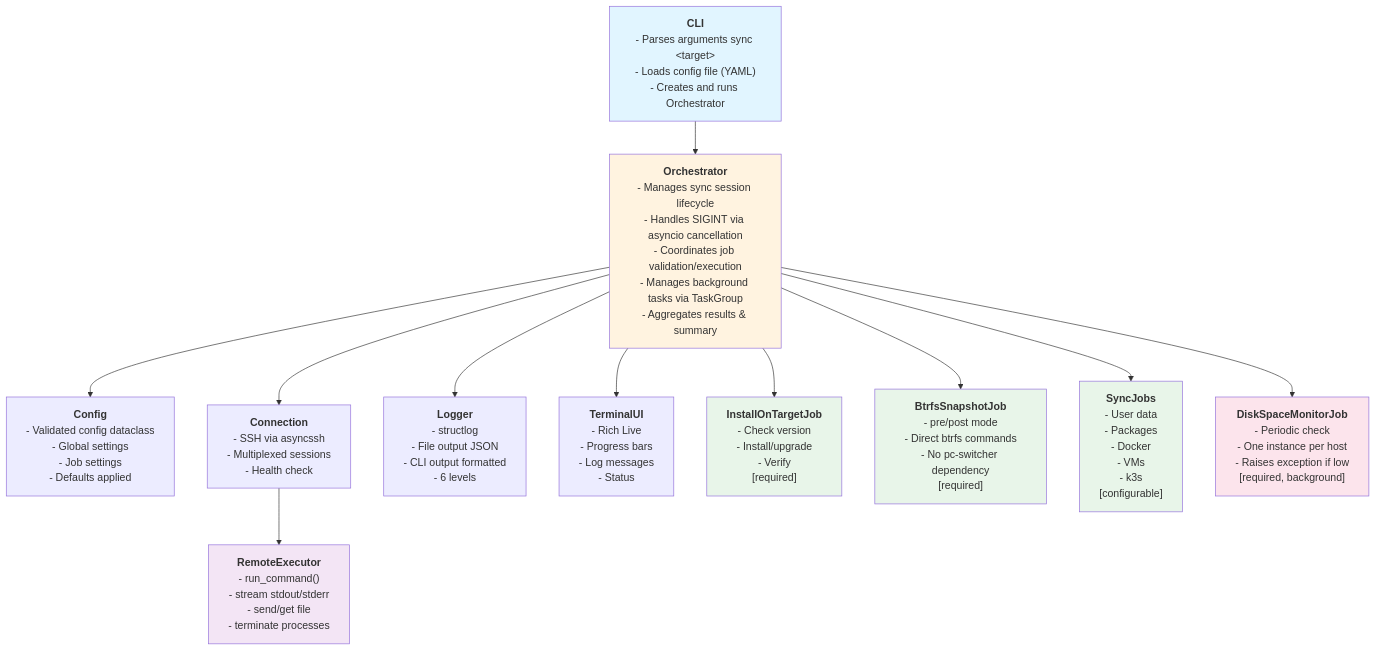
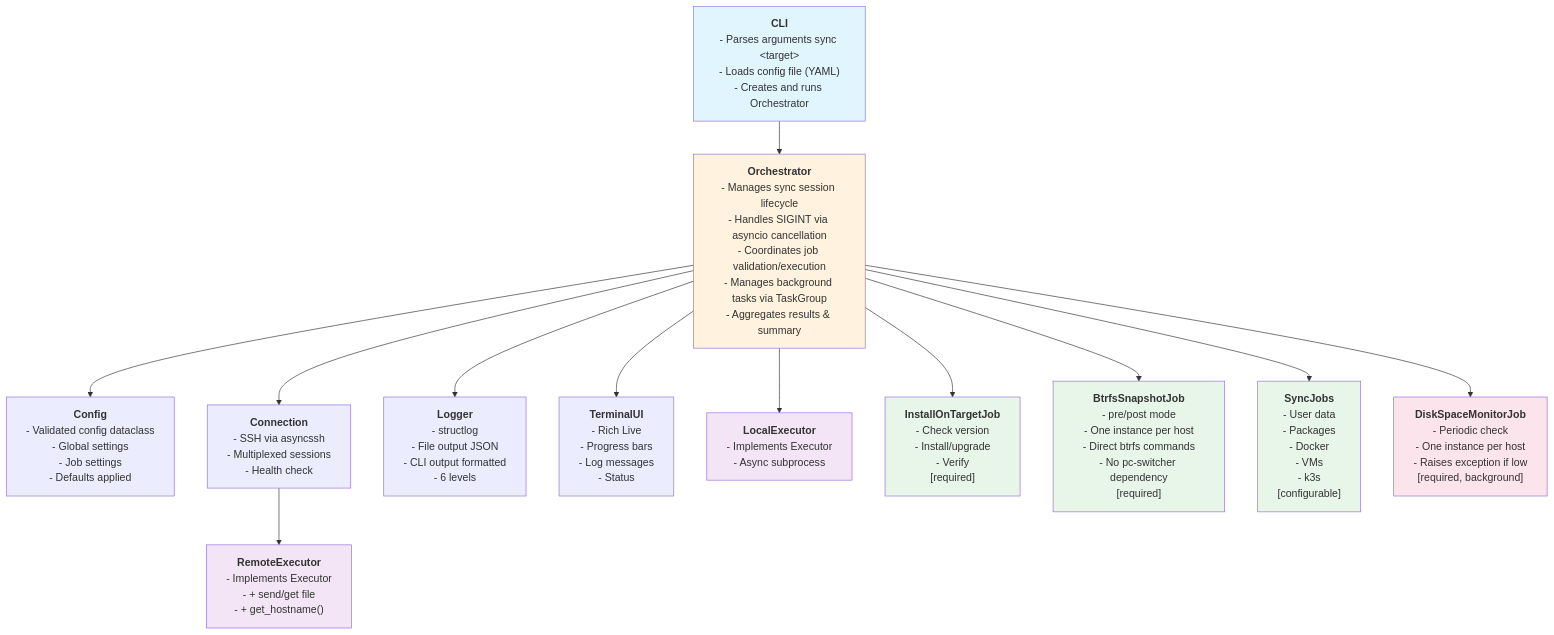
Before and after one commit to flaksit/pc-switcher: the first of 12 diagrams in specs/001-foundation/architecture-claude.md, drawn with Mermaid. The commit also changed other lines of this file, not shown here.

First line of the commit message:
Add Executor interface and rename JobContext fields to source/target

````diff
--- a/specs/001-foundation/architecture-claude.md
+++ b/specs/001-foundation/architecture-claude.md
@@ -37,43 +37,47 @@
 ```mermaid
 graph TD
     CLI["<b>CLI</b><br/>- Parses arguments sync &lt;target&gt;<br/>- Loads config file (YAML)<br/>- Creates and runs Orchestrator"]
 
     Orchestrator["<b>Orchestrator</b><br/>- Manages sync session lifecycle<br/>- Handles SIGINT via asyncio cancellation<br/>- Coordinates job validation/execution<br/>- Manages background tasks via TaskGroup<br/>- Aggregates results & summary"]
 
     Config["<b>Config</b><br/>- Validated config dataclass<br/>- Global settings<br/>- Job settings<br/>- Defaults applied"]
 
     Connection["<b>Connection</b><br/>- SSH via asyncssh<br/>- Multiplexed sessions<br/>- Health check"]
 
     Logger["<b>Logger</b><br/>- structlog<br/>- File output JSON<br/>- CLI output formatted<br/>- 6 levels"]
 
     TerminalUI["<b>TerminalUI</b><br/>- Rich Live<br/>- Progress bars<br/>- Log messages<br/>- Status"]
 
-    RemoteExecutor["<b>RemoteExecutor</b><br/>- run_command()<br/>- stream stdout/stderr<br/>- send/get file<br/>- terminate processes"]
+    LocalExecutor["<b>LocalExecutor</b><br/>- Implements Executor<br/>- Async subprocess"]
+
+    RemoteExecutor["<b>RemoteExecutor</b><br/>- Implements Executor<br/>- + send/get file<br/>- + get_hostname()"]
 
     InstallOnTargetJob["<b>InstallOnTargetJob</b><br/>- Check version<br/>- Install/upgrade<br/>- Verify<br/>[required]"]
 
-    BtrfsSnapshotJob["<b>BtrfsSnapshotJob</b><br/>- pre/post mode<br/>- Direct btrfs commands<br/>- No pc-switcher dependency<br/>[required]"]
+    BtrfsSnapshotJob["<b>BtrfsSnapshotJob</b><br/>- pre/post mode<br/>- One instance per host<br/>- Direct btrfs commands<br/>- No pc-switcher dependency<br/>[required]"]
 
     SyncJobs["<b>SyncJobs</b><br/>- User data<br/>- Packages<br/>- Docker<br/>- VMs<br/>- k3s<br/>[configurable]"]
 
     DiskSpaceMonitorJob["<b>DiskSpaceMonitorJob</b><br/>- Periodic check<br/>- One instance per host<br/>- Raises exception if low<br/>[required, background]"]
 
     CLI --> Orchestrator
     Orchestrator --> Config
     Orchestrator --> Connection
     Orchestrator --> Logger
     Orchestrator --> TerminalUI
+    Orchestrator --> LocalExecutor
     Connection --> RemoteExecutor
     Orchestrator --> InstallOnTargetJob
     Orchestrator --> BtrfsSnapshotJob
     Orchestrator --> SyncJobs
     Orchestrator --> DiskSpaceMonitorJob
 
     style CLI fill:#e1f5ff
     style Orchestrator fill:#fff3e0
+    style LocalExecutor fill:#f3e5f5
     style RemoteExecutor fill:#f3e5f5
     style InstallOnTargetJob fill:#e8f5e9
     style BtrfsSnapshotJob fill:#e8f5e9
     style SyncJobs fill:#e8f5e9
     style DiskSpaceMonitorJob fill:#fce4ec
 ```
````
